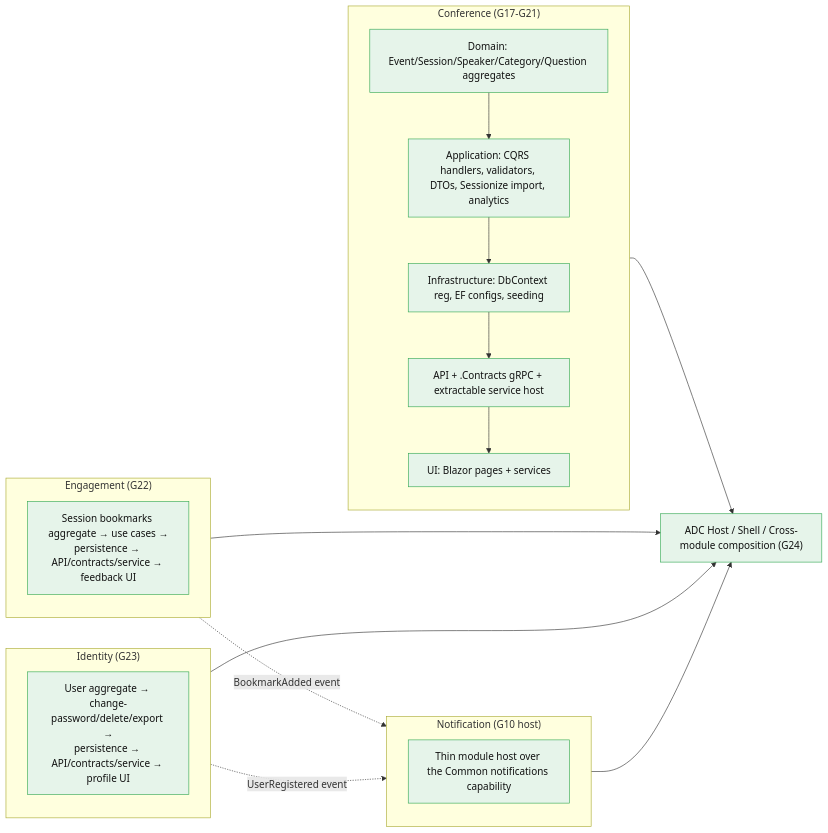
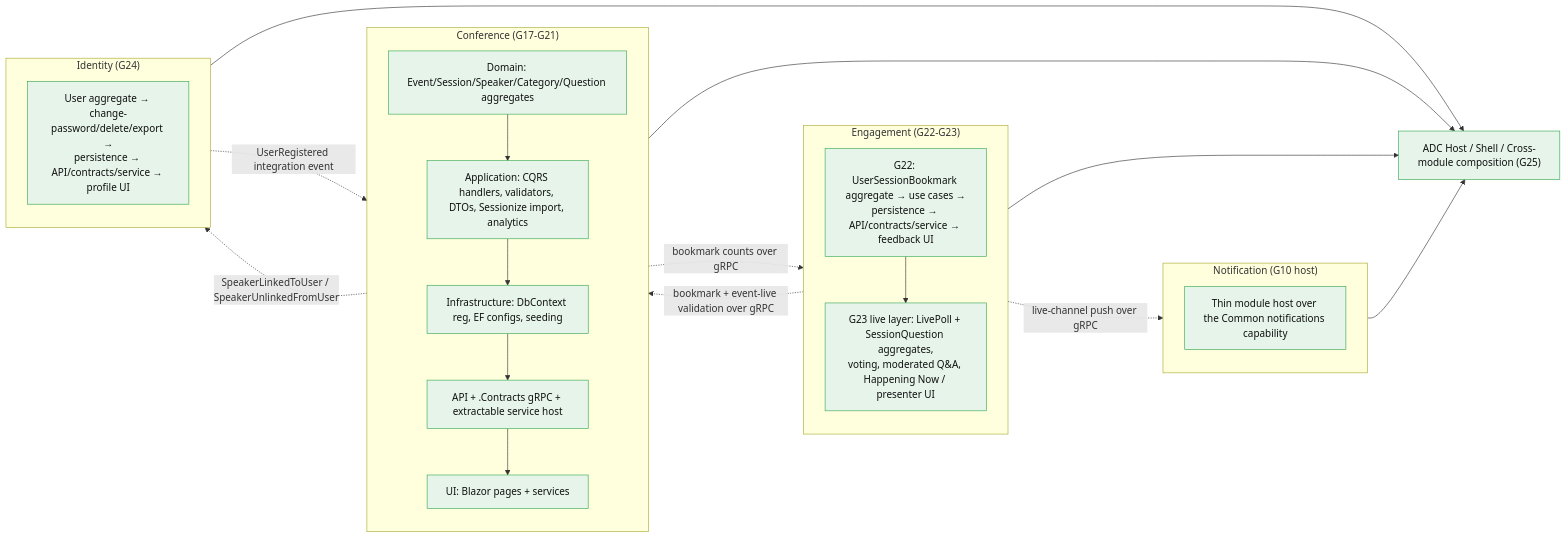
Diagram 12 of 15 in docs-src/onboarding/CONCEPT-MAPS.md (ivanball/ivanball.github.io), drawn with Mermaid before and after one commit. The commit also changed other lines of this file and 15 other files, not shown here.

````diff
--- a/docs-src/onboarding/CONCEPT-MAPS.md
+++ b/docs-src/onboarding/CONCEPT-MAPS.md
@@ -536,40 +613,45 @@
 ```mermaid
 flowchart LR
     subgraph CONF["Conference (G17-G21)"]
         direction TB
         C_D["Domain: Event/Session/Speaker/Category/Question aggregates"]
         C_A["Application: CQRS handlers, validators, DTOs, Sessionize import, analytics"]
         C_I["Infrastructure: DbContext reg, EF configs, seeding"]
         C_P["API + .Contracts gRPC + extractable service host"]
         C_U["UI: Blazor pages + services"]
         C_D --> C_A --> C_I --> C_P --> C_U
     end
 
-    subgraph ENG["Engagement (G22)"]
+    subgraph ENG["Engagement (G22-G23)"]
         direction TB
-        E["Session bookmarks aggregate → use cases →<br/>persistence → API/contracts/service → feedback UI"]
+        E["G22: UserSessionBookmark aggregate → use cases →<br/>persistence → API/contracts/service → feedback UI"]
+        EL["G23 live layer: LivePoll + SessionQuestion aggregates,<br/>voting, moderated Q&amp;A, Happening Now / presenter UI"]
+        E --> EL
     end
 
-    subgraph IDN["Identity (G23)"]
+    subgraph IDN["Identity (G24)"]
         direction TB
         I["User aggregate → change-password/delete/export →<br/>persistence → API/contracts/service → profile UI"]
     end
 
     subgraph NOT["Notification (G10 host)"]
         direction TB
         N["Thin module host over the Common notifications capability"]
     end
 
-    HOST["ADC Host / Shell / Cross-module composition (G24)"]
+    HOST["ADC Host / Shell / Cross-module composition (G25)"]
 
     CONF --> HOST
     ENG --> HOST
     IDN --> HOST
     NOT --> HOST
 
-    ENG -.->|"BookmarkAdded event"| NOT
-    IDN -.->|"UserRegistered event"| NOT
+    IDN -.->|"UserRegistered integration event"| CONF
+    CONF -.->|"SpeakerLinkedToUser / SpeakerUnlinkedFromUser"| IDN
+    ENG -.->|"bookmark + event-live validation over gRPC"| CONF
+    CONF -.->|"bookmark counts over gRPC"| ENG
+    ENG -.->|"live-channel push over gRPC"| NOT
 
     classDef adc fill:#e6f4ea,stroke:#34a853,color:#111
-    class C_D,C_A,C_I,C_P,C_U,E,I,N,HOST adc
+    class C_D,C_A,C_I,C_P,C_U,E,EL,I,N,HOST adc
 ```
````
